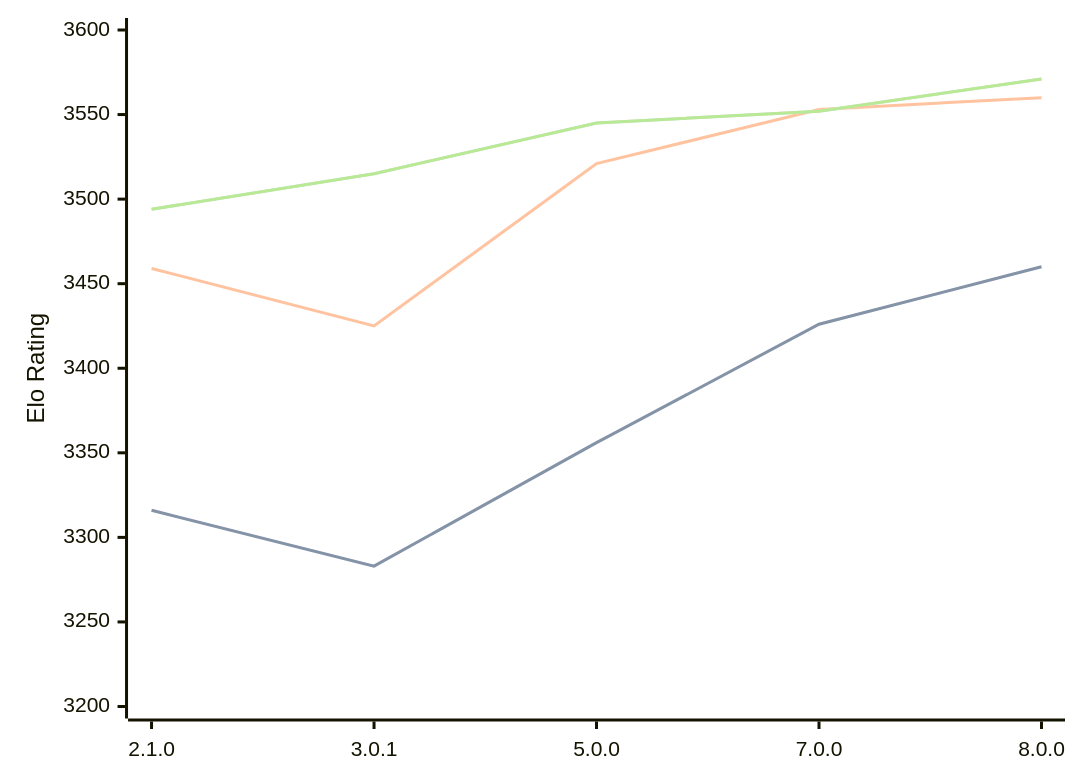
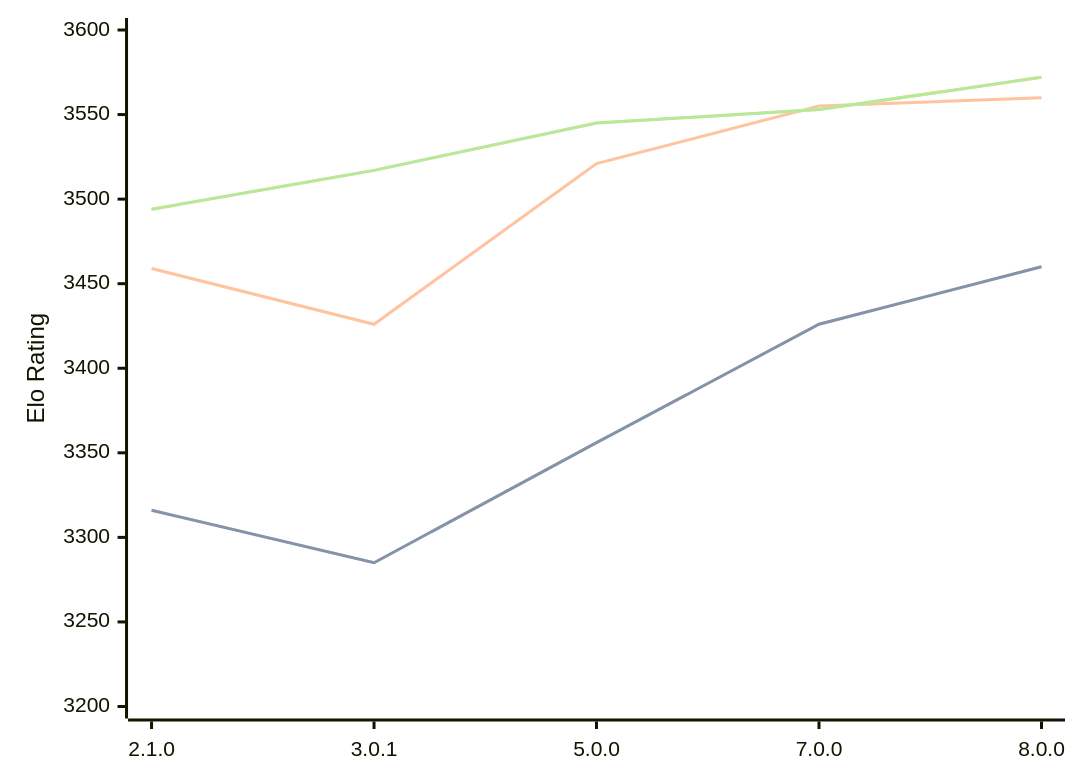
One commit to computer-chess-index/cci changed the diagram in engines/PlentyChess.md. Above: the diagram before and after it, drawn with Mermaid. The commit also changed other lines of this file, not shown here.

Commit message:
Update CCI Ratings (ELO VLTC) - 2026-07-31

````diff
--- a/engines/PlentyChess.md
+++ b/engines/PlentyChess.md
@@ -46,11 +46,11 @@
 ```mermaid
 %%{init: {"theme":"base","themeVariables":{"seriesColors:['#a3a3a3','#222221','#faa371']}}}%%
 xychart-beta
   x-axis ["2.1.0", "3.0.1", "5.0.0", "7.0.0", "8.0.0"]
   y-axis "Elo Rating" 3200 --> 3600
-  line "STC (8.0+0.08s)" [3316, 3283, 3356, 3426, 3460]
-  line "STC (8.0+0.08s)" [3316, 3283, 3356, 3426, 3460]
-  line "LTC (60.0+0.60s)" [3459, 3425, 3521, 3553, 3560]
-  line "VLTC (2m24s+1.12s)" [3494, 3515, 3545, 3552, 3571]
-  line "VLTC (2m24s+1.12s)" [3494, 3515, 3545, 3552, 3571]
+  line "STC (8.0+0.08s)" [3316, 3285, 3356, 3426, 3460]
+  line "STC (8.0+0.08s)" [3316, 3285, 3356, 3426, 3460]
+  line "LTC (60.0+0.60s)" [3459, 3426, 3521, 3555, 3560]
+  line "VLTC (2m24s+1.12s)" [3494, 3517, 3545, 3553, 3572]
+  line "VLTC (2m24s+1.12s)" [3494, 3517, 3545, 3553, 3572]
 ```
````
